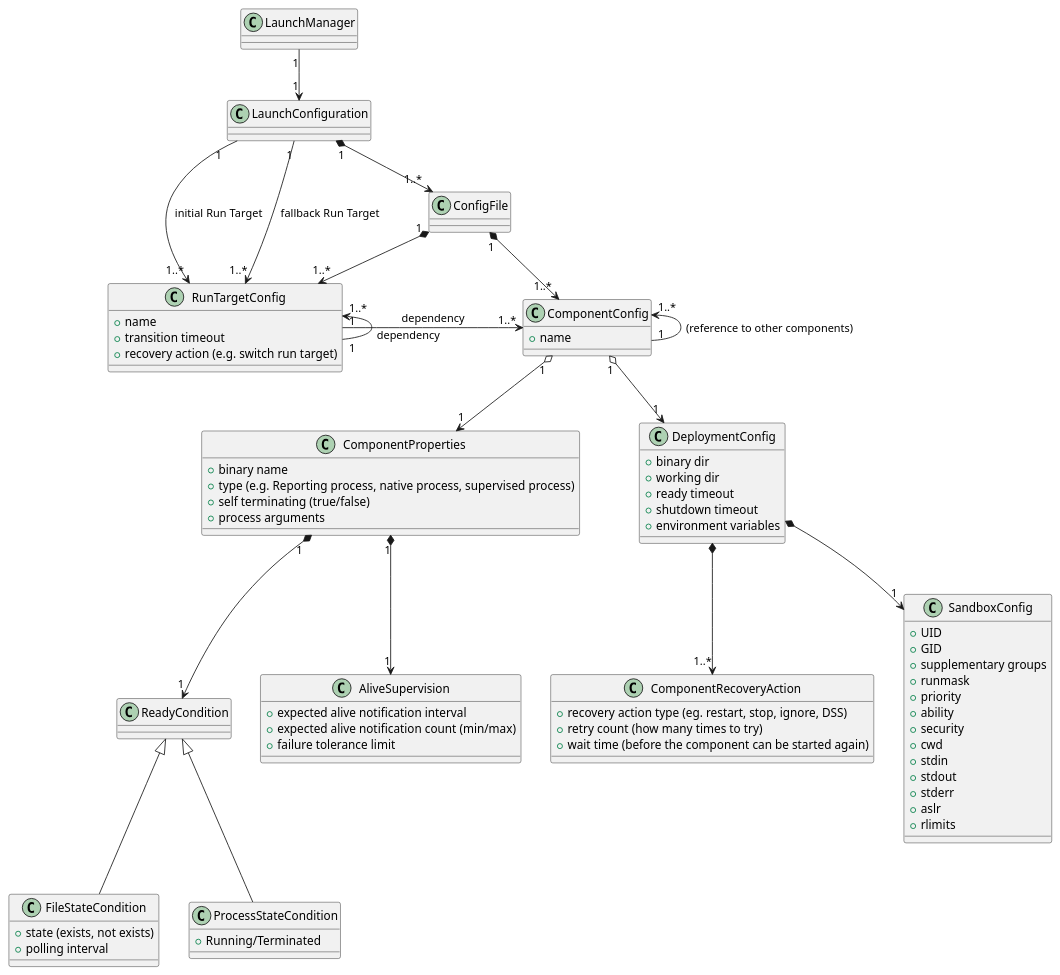
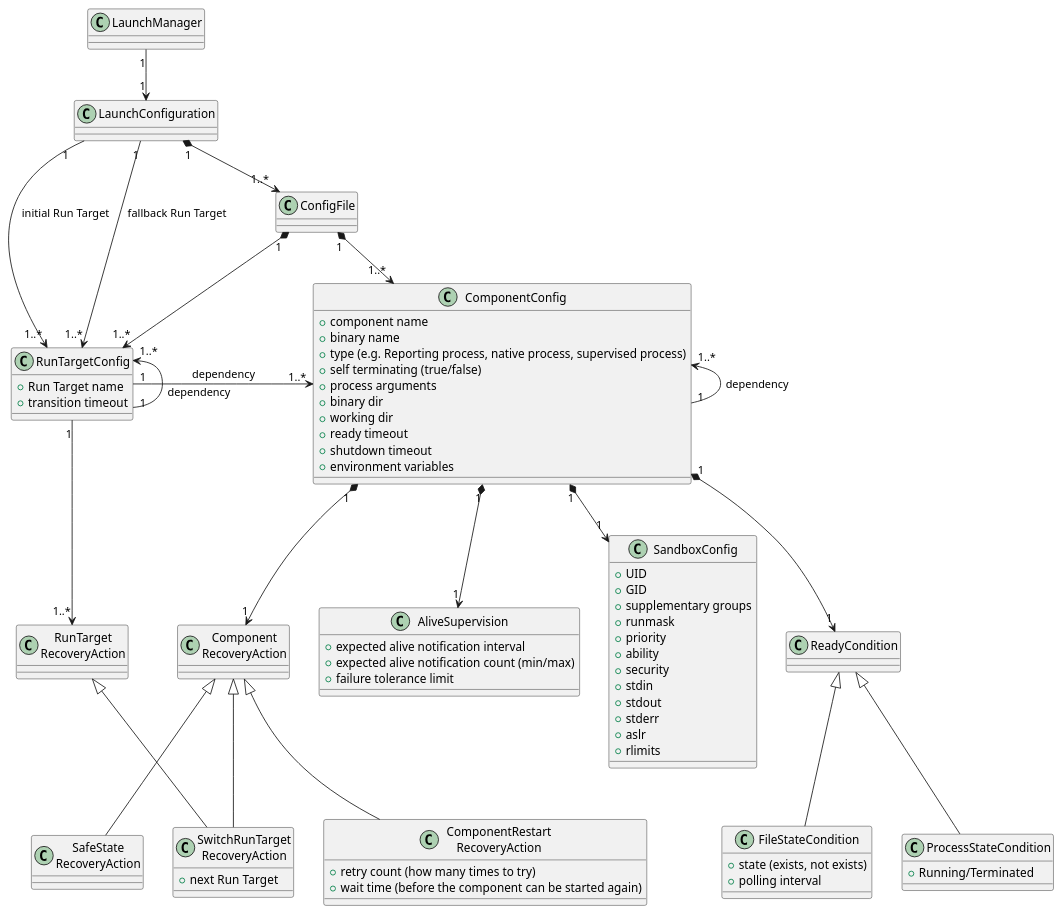
The diagram in docs/features/lifecycle/architecture/_assets/config_params_static.puml (eclipse-score/lifecycle), drawn with PlantUML before and after one commit.

Commit message:
Extend config structure

```diff
--- a/docs/features/lifecycle/architecture/_assets/config_params_static.puml
+++ b/docs/features/lifecycle/architecture/_assets/config_params_static.puml
@@ -14,106 +14,109 @@
-@startuml
+@startuml "Abstract Launch Manager Configuration Structure"
 
 class LaunchManager
 {
 
 }
 
 class LaunchConfiguration
 {
 }
 
 LaunchManager "1" --> "1" LaunchConfiguration
 LaunchConfiguration "1" -d-> "1..*" RunTargetConfig : initial Run Target
 LaunchConfiguration "1" -d-> "1..*" RunTargetConfig : fallback Run Target
 
 class ConfigFile
 {
 
 }
 
 LaunchConfiguration "1" *--> "1..*" ConfigFile
 
 class ComponentConfig {
-  + {field} name
+'''Component Properties'''
+  + {field} component name
+  + {field} binary name
+  + {field} type (e.g. Reporting process, native process, supervised process)
+  + {field} self terminating (true/false)
+  + {field} process arguments
+'''Deployment Properties'''
+  + {field} binary dir
+  + {field} working dir
+  + {field} ready timeout
+  + {field} shutdown timeout
+  + {field} environment variables
 }
 
 class RunTargetConfig {
-    + {field} name
+    + {field} Run Target name
     + {field} transition timeout
-    + {field} recovery action (e.g. switch run target)
 }
+
+class RunTargetRecoveryAction as "RunTarget\nRecoveryAction" {}
+
+RunTargetConfig "1" -d-> "1..*" RunTargetRecoveryAction
 
 ConfigFile "1" *-d-> "1..*" ComponentConfig
 ConfigFile "1" *-d-> "1..*" RunTargetConfig
 
 RunTargetConfig "1" -l-> "1..*" RunTargetConfig : \ndependency
 RunTargetConfig "1" -r-> "1..*" ComponentConfig : dependency
 
 class AliveSupervision {
   + {field} expected alive notification interval
   + {field} expected alive notification count (min/max)
   + {field} failure tolerance limit
 }
 
-class ComponentRecoveryAction {
-   + {field} recovery action type (eg. restart, stop, ignore, DSS)
+class ComponentRecoveryAction as "Component\nRecoveryAction" {}
+class SafeStateRecoveryAction as "SafeState\nRecoveryAction" {}
+class ComponentRestartRecoveryAction as "ComponentRestart\nRecoveryAction" {
    + {field} retry count (how many times to try)
    + {field} wait time (before the component can be started again)
 }
+SafeStateRecoveryAction -u-|> ComponentRecoveryAction
+ComponentRestartRecoveryAction -u-|> ComponentRecoveryAction
+
+class SwitchRunTargetRecoveryAction as "SwitchRunTarget\nRecoveryAction" {
+   + {field} next Run Target
+}
+SwitchRunTargetRecoveryAction -u-|> RunTargetRecoveryAction
+SwitchRunTargetRecoveryAction -u-|> ComponentRecoveryAction
 
 class ReadyCondition {}
 
 class FileStateCondition {
   + {field} state (exists, not exists)
   + {field} polling interval
 }
 
 class ProcessStateCondition {
   + {field} Running/Terminated
 }
 
 FileStateCondition -up-|> ReadyCondition
 ProcessStateCondition -up-|> ReadyCondition
 
-class ComponentProperties {
-  + {field} binary name
-  + {field} type (e.g. Reporting process, native process, supervised process)
-  + {field} self terminating (true/false)
-  + {field} process arguments
-} 
-
-ComponentProperties "1" *-d-> "1" ReadyCondition
-ComponentProperties "1" *-d-> "1" AliveSupervision
-
-class DeploymentConfig {
-  + {field} binary dir
-  + {field} working dir
-  + {field} ready timeout
-  + {field} shutdown timeout
-  + {field} environment variables
-}
-
-DeploymentConfig *--> "1" SandboxConfig
-DeploymentConfig *--> "1..*" ComponentRecoveryAction
-
 class SandboxConfig {
   + {field} UID
   + {field} GID
   + {field} supplementary groups
   + {field} runmask
   + {field} priority
   + {field} ability
   + {field} security
-  + {field} cwd
   + {field} stdin
   + {field} stdout
   + {field} stderr
   + {field} aslr
   + {field} rlimits
 }
 
-ComponentConfig "1" -l-> "1..*" ComponentConfig: (reference to other components)
-ComponentConfig "1" o-d-> "1" ComponentProperties
-ComponentConfig "1" o-d-> "1" DeploymentConfig
+ComponentConfig "1" -l-> "1..*" ComponentConfig: dependency
+ComponentConfig "1" *-d-> "1" ReadyCondition
+ComponentConfig "1" *-d-> "1" AliveSupervision
+ComponentConfig "1" *--> "1" SandboxConfig
+ComponentConfig "1" *--> "1" ComponentRecoveryAction
 
 @enduml
```
